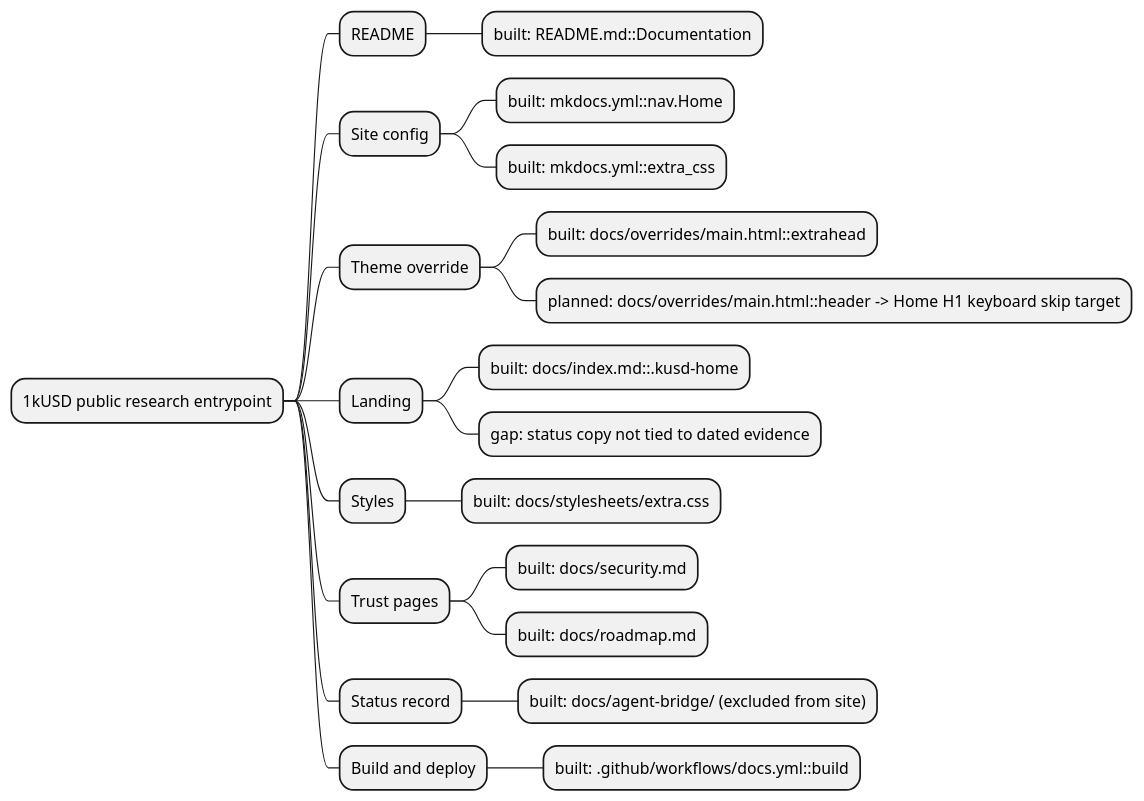
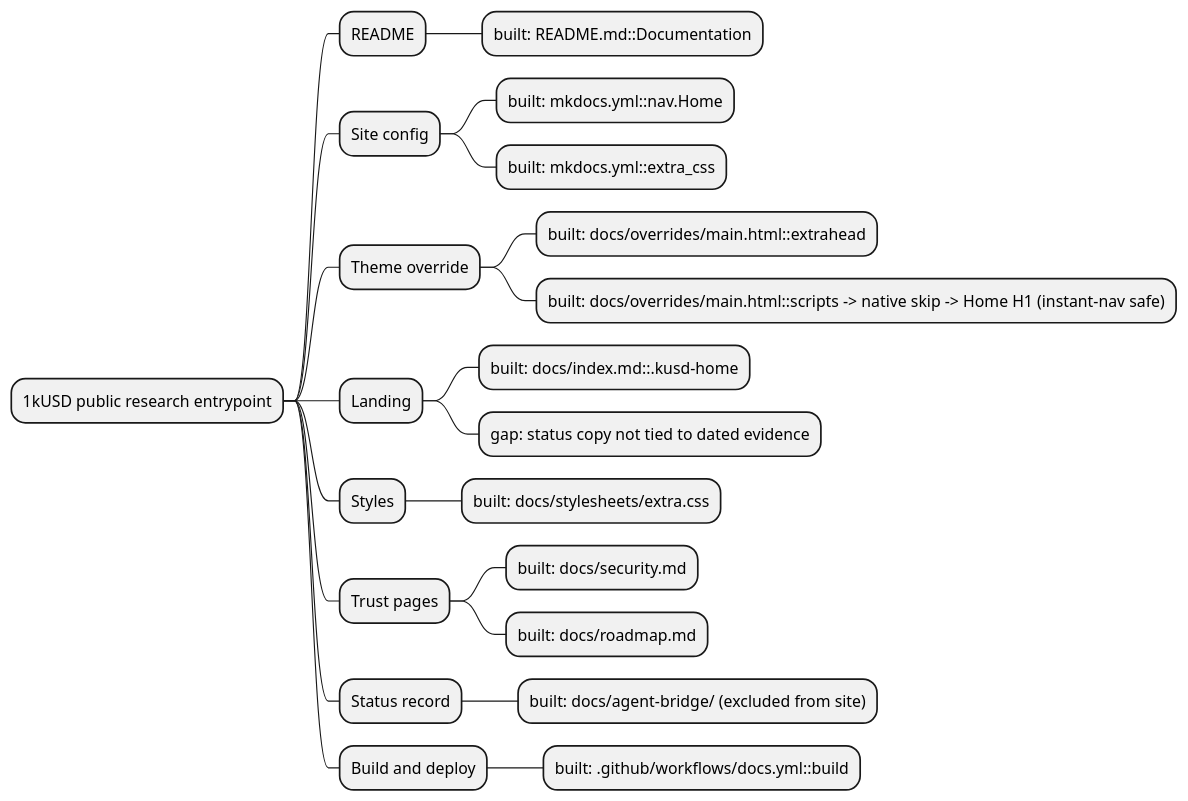
One commit to NeaBouli/1kUSD changed the first of 2 diagrams in docs/architecture/map.puml. Above: the diagram before and after it, drawn with PlantUML. The commit also changed 3 other files, not shown here.

First line of the commit message:
fix(docs): move Home skip link into native skip container for instant nav (T-023)

```diff
--- a/docs/architecture/map.puml
+++ b/docs/architecture/map.puml
@@ -1,23 +1,23 @@
 @startmindmap
 * 1kUSD public research entrypoint
 ** README
 *** built: README.md::Documentation
 ** Site config
 *** built: mkdocs.yml::nav.Home
 *** built: mkdocs.yml::extra_css
 ** Theme override
 *** built: docs/overrides/main.html::extrahead
-*** planned: docs/overrides/main.html::header -> Home H1 keyboard skip target
+*** built: docs/overrides/main.html::scripts -> native skip -> Home H1 (instant-nav safe)
 ** Landing
 *** built: docs/index.md::.kusd-home
 *** gap: status copy not tied to dated evidence
 ** Styles
 *** built: docs/stylesheets/extra.css
 ** Trust pages
 *** built: docs/security.md
 *** built: docs/roadmap.md
 ** Status record
 *** built: docs/agent-bridge/ (excluded from site)
 ** Build and deploy
 *** built: .github/workflows/docs.yml::build
 @endmindmap
```
